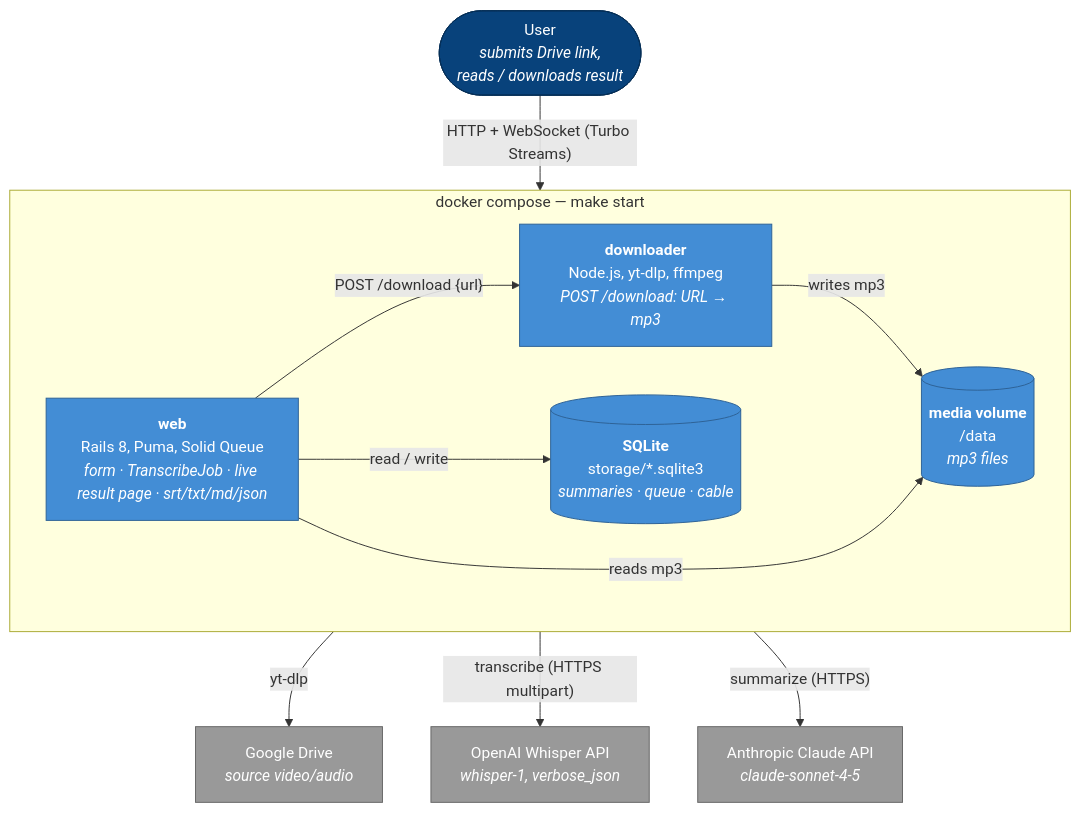
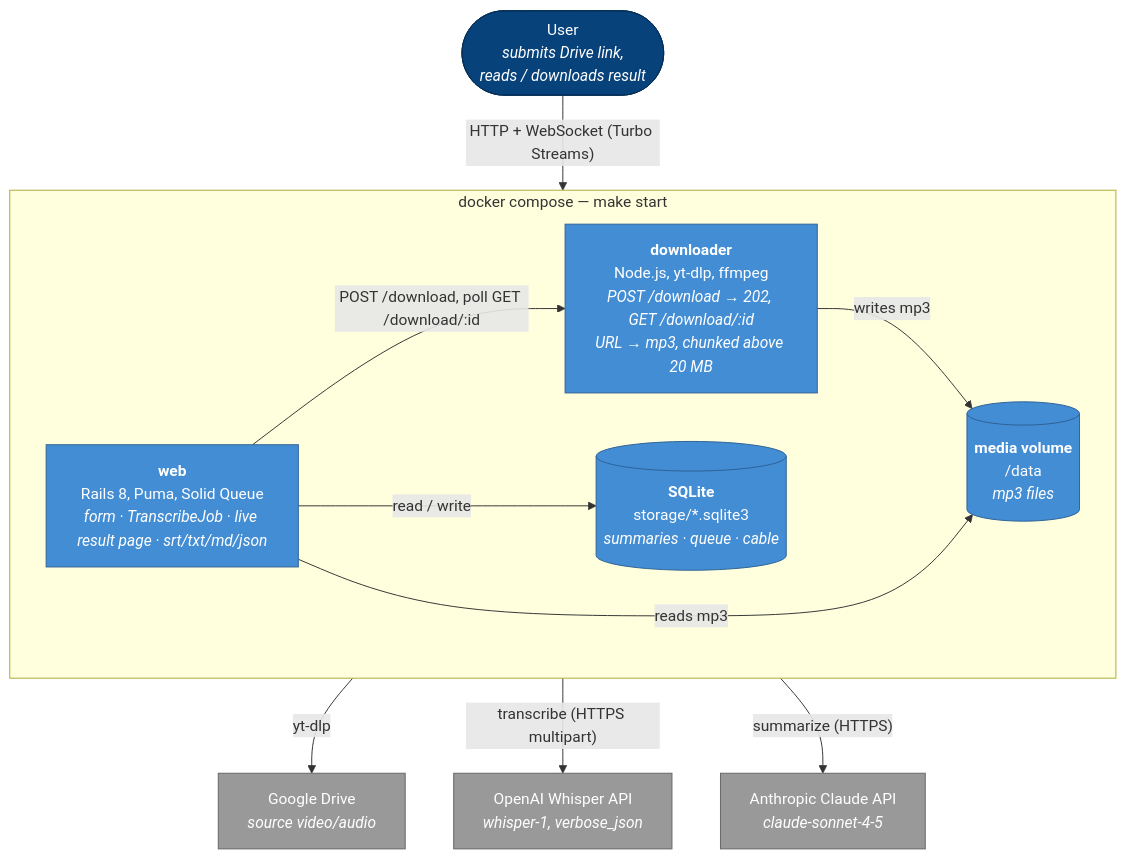
One commit to k0ndratov/summarizer changed the first of 2 diagrams in docs/architecture.md. Above: the diagram before and after it, drawn with Mermaid. The commit also changed other lines of this file and 14 other files, not shown here.

Commit message:
Step 8: chunk audio above 20 MB in the downloader with timestamp offsets; async download API with polling client

````diff
--- a/docs/architecture.md
+++ b/docs/architecture.md
@@ -7,32 +7,32 @@
 ```mermaid
 flowchart TB
   user(["User<br/><i>submits Drive link,<br/>reads / downloads result</i>"])
 
   drive["Google Drive<br/><i>source video/audio</i>"]
   whisper["OpenAI Whisper API<br/><i>whisper-1, verbose_json</i>"]
   claude["Anthropic Claude API<br/><i>claude-sonnet-4-5</i>"]
 
   subgraph compose["docker compose — make start"]
     direction LR
     web["<b>web</b><br/>Rails 8, Puma, Solid Queue<br/><i>form · TranscribeJob · live result page · srt/txt/md/json</i>"]
-    dl["<b>downloader</b><br/>Node.js, yt-dlp, ffmpeg<br/><i>POST /download: URL → mp3</i>"]
+    dl["<b>downloader</b><br/>Node.js, yt-dlp, ffmpeg<br/><i>POST /download → 202, GET /download/:id<br/>URL → mp3, chunked above 20 MB</i>"]
     db[("<b>SQLite</b><br/>storage/*.sqlite3<br/><i>summaries · queue · cable</i>")]
     media[("<b>media volume</b><br/>/data<br/><i>mp3 files</i>")]
   end
 
   user -- "HTTP + WebSocket (Turbo Streams)" --> web
-  web -- "POST /download {url}" --> dl
+  web -- "POST /download, poll GET /download/:id" --> dl
   dl -- "yt-dlp" --> drive
   dl -- "writes mp3" --> media
   web -- "reads mp3" --> media
   web -- "read / write" --> db
   web -- "transcribe (HTTPS multipart)" --> whisper
   web -- "summarize (HTTPS)" --> claude
 
   classDef ext fill:#999,stroke:#666,color:#fff
   classDef c fill:#438dd5,stroke:#2e6295,color:#fff
   classDef person fill:#08427b,stroke:#052e56,color:#fff
   class drive,whisper,claude ext
   class web,dl,db,media c
   class user person
 ```
````
